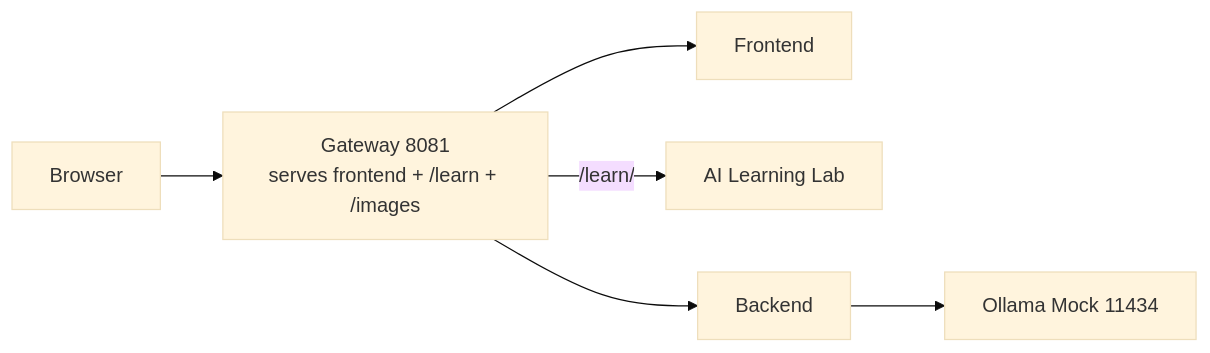
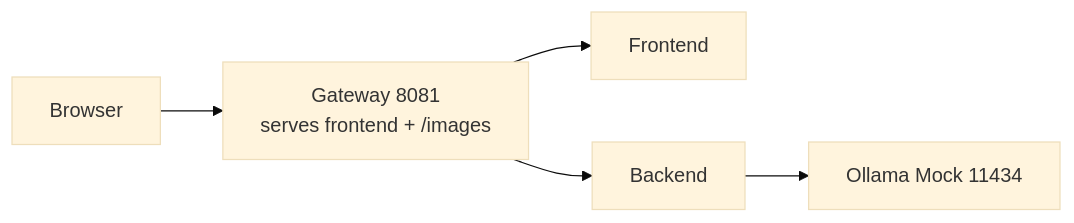
The first of 3 diagrams in docs/PROFILE_URLS.md (slawekradzyminski/awesome-localstack), drawn with Mermaid (base theme) before and after one commit. The commit also changed other lines of this file and 44 other files, not shown here.

First line of the commit message:
Retire standalone AI Learning Lab (#34)

````diff
--- a/docs/PROFILE_URLS.md
+++ b/docs/PROFILE_URLS.md
@@ -41,8 +38,7 @@
 ```mermaid
 flowchart LR
-    U[Browser] --> G[Gateway 8081<br/>serves frontend + /learn + /images]
+    U[Browser] --> G[Gateway 8081<br/>serves frontend + /images]
     G --> F[Frontend]
-    G -->|/learn/| L[AI Learning Lab]
     G --> B[Backend]
     B --> O[Ollama Mock 11434]
 ```
````
